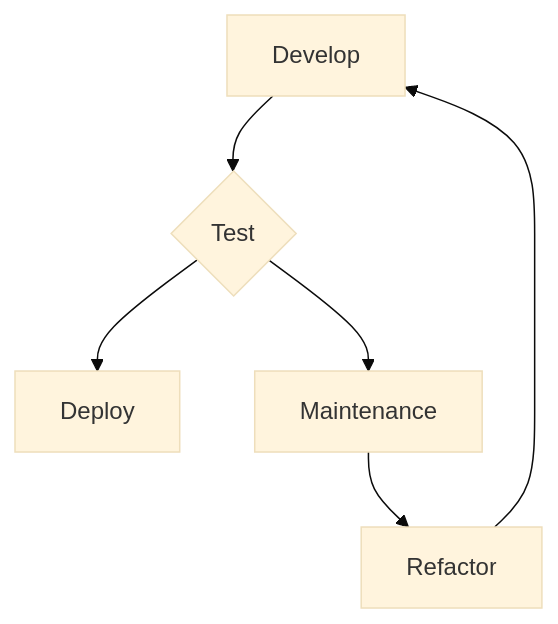
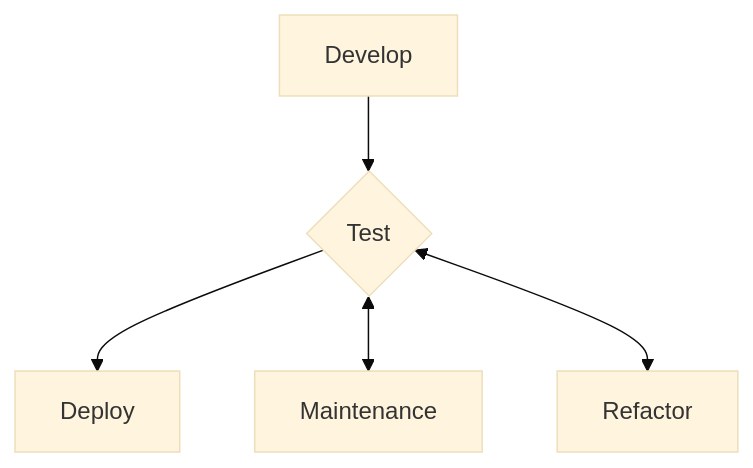
One commit to nmuncy/course-basic_bash changed the first of 9 diagrams in lectures/13-git_advanced/13-git_advanced.qmd. Above: the diagram before and after it, drawn with Mermaid (base theme). The commit also changed other lines of this file and 78 other files, not shown here.

````diff
--- a/lectures/13-git_advanced/13-git_advanced.qmd
+++ b/lectures/13-git_advanced/13-git_advanced.qmd
@@ -39,9 +39,7 @@
 ```{mermaid}
 flowchart TB
   A[Develop] --> B{Test}
   B --> C[Deploy]
-  B --> D[Maintenance]
-  E[Refactor] --> A
-  D --> E
-
+  B <--> D[Maintenance]
+  B <--> E[Refactor]
 ```
````
